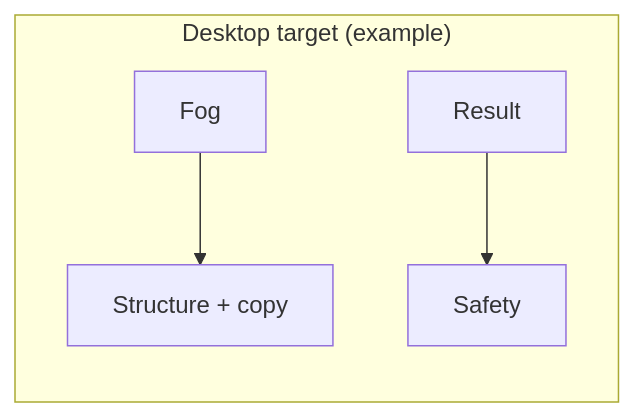
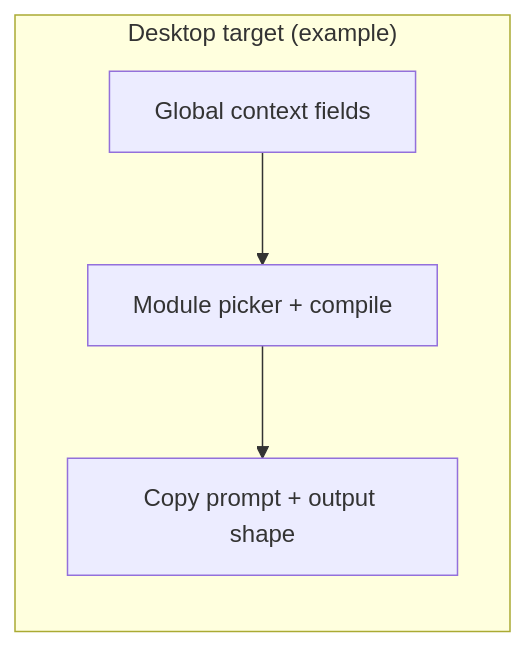
The third of 3 diagrams in docs/STRATEGIC_REVISION_PLAN.md (DITreneris/leader), drawn with Mermaid before and after one commit. The commit also changed other lines of this file and 50 other files, not shown here.

````diff
--- a/docs/STRATEGIC_REVISION_PLAN.md
+++ b/docs/STRATEGIC_REVISION_PLAN.md
@@ -227,7 +233,7 @@
 ```mermaid
 flowchart LR
   subgraph desktop["Desktop target (example)"]
-    Q1[Fog] --> Q2[Structure + copy]
-    Q3[Result] --> Q4[Safety]
+    C[Global context fields] --> M[Module picker + compile]
+    M --> P[Copy prompt + output shape]
   end
 ```
````
